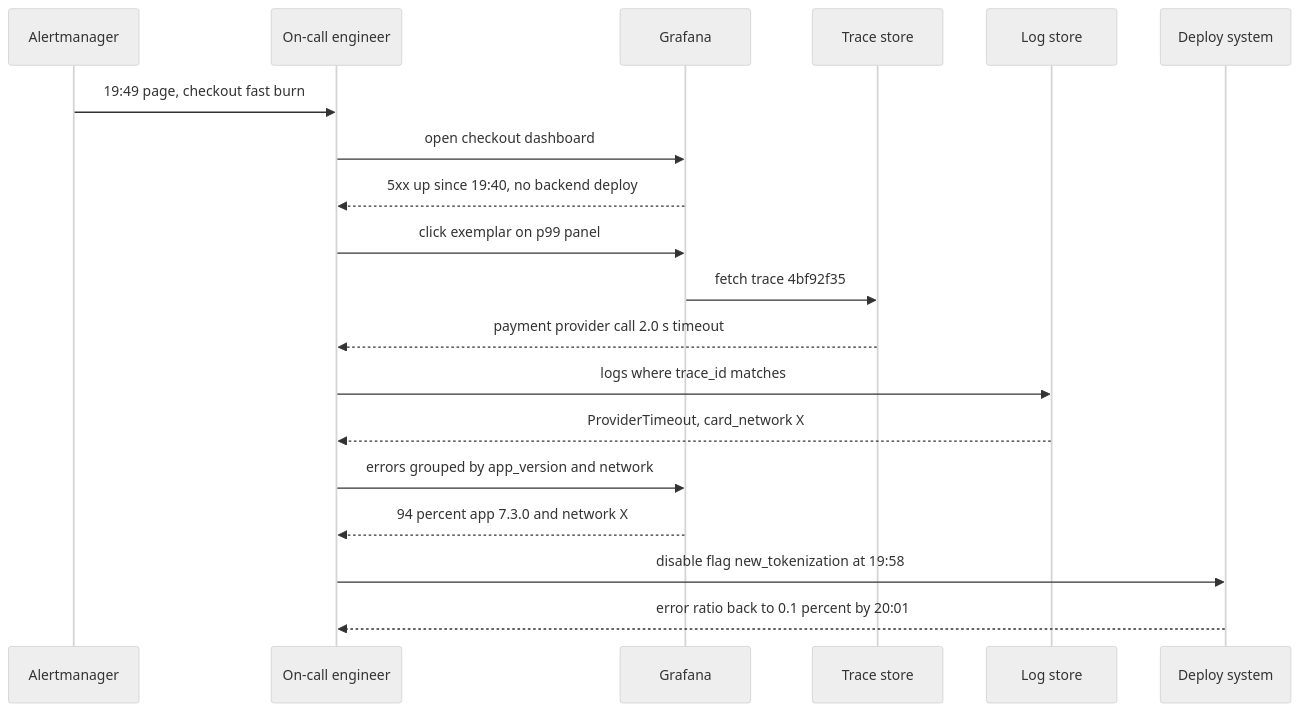
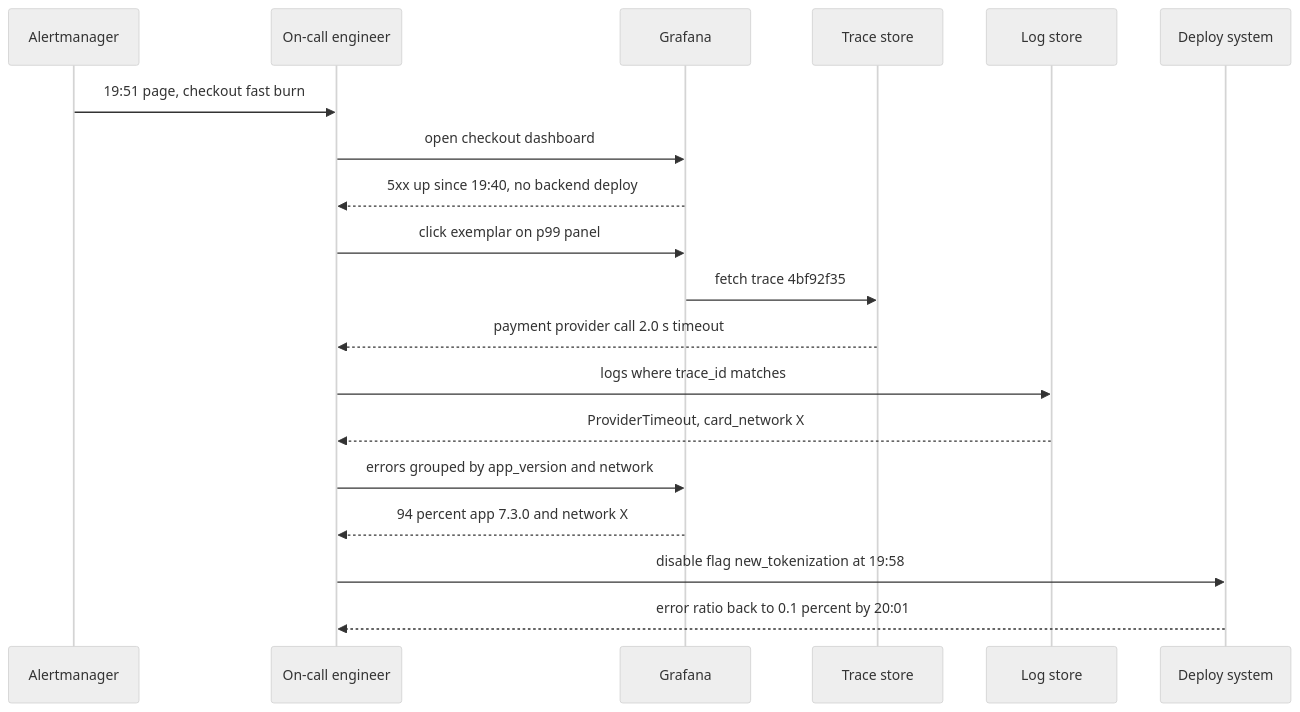
One commit to Sampath1-1-1/System-Design changed diagram 14 of 15 in manuscript/book1-traditional/40-observability.md. Above: the diagram before and after it, drawn with Mermaid (neutral theme). The commit also changed other lines of this file and 1 other file, not shown here.

````diff
--- a/manuscript/book1-traditional/40-observability.md
+++ b/manuscript/book1-traditional/40-observability.md
@@ -1154,21 +1161,21 @@
 ```mermaid
 sequenceDiagram
   participant AM as Alertmanager
   participant OC as On-call engineer
   participant GF as Grafana
   participant TS as Trace store
   participant LS as Log store
   participant CD as Deploy system
-  AM->>OC: 19:49 page, checkout fast burn
+  AM->>OC: 19:51 page, checkout fast burn
   OC->>GF: open checkout dashboard
   GF-->>OC: 5xx up since 19:40, no backend deploy
   OC->>GF: click exemplar on p99 panel
   GF->>TS: fetch trace 4bf92f35
   TS-->>OC: payment provider call 2.0 s timeout
   OC->>LS: logs where trace_id matches
   LS-->>OC: ProviderTimeout, card_network X
   OC->>GF: errors grouped by app_version and network
   GF-->>OC: 94 percent app 7.3.0 and network X
   OC->>CD: disable flag new_tokenization at 19:58
   CD-->>OC: error ratio back to 0.1 percent by 20:01
 ```
````
